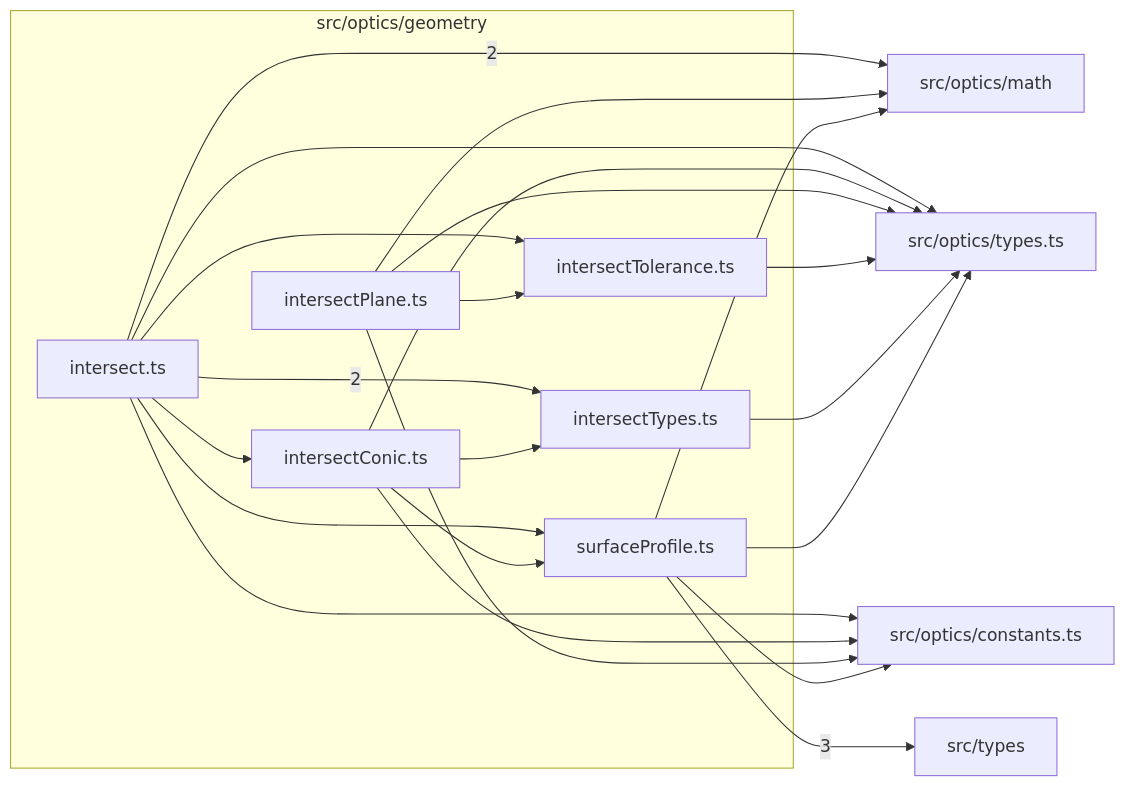
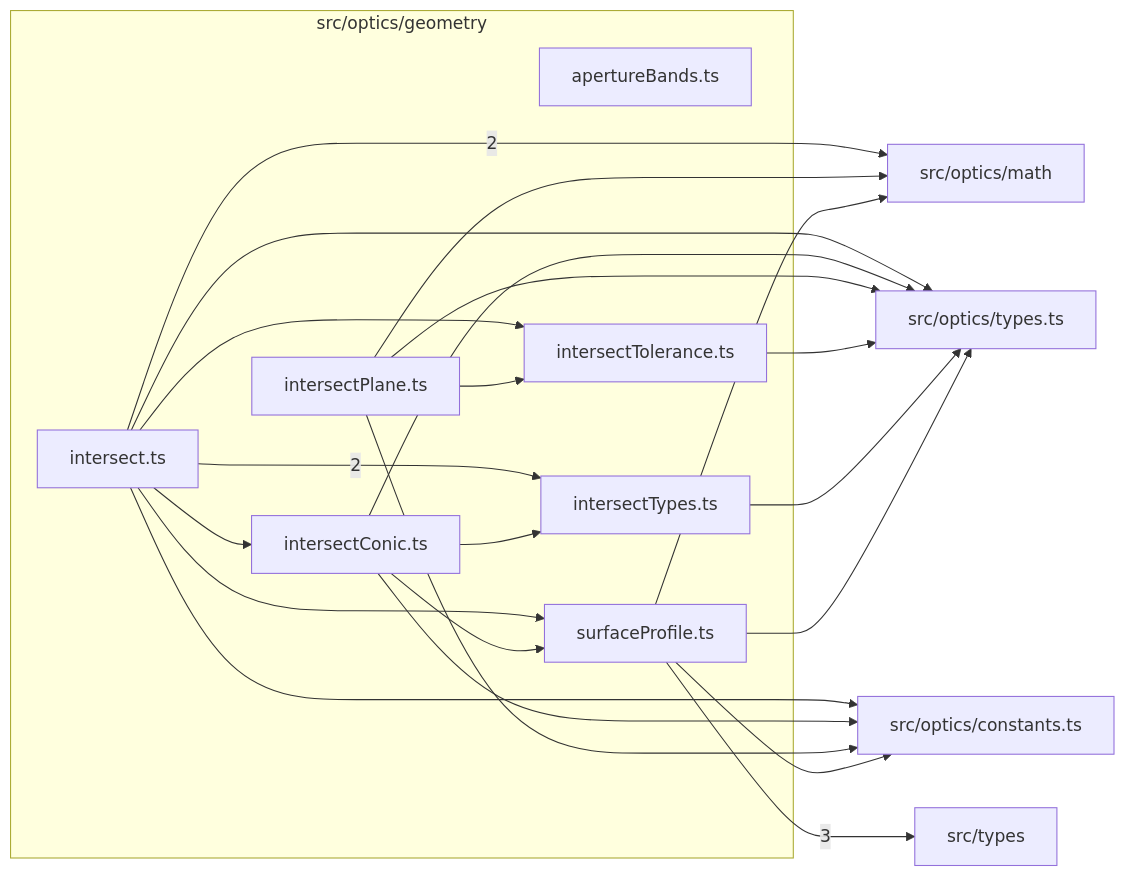
Before and after one commit to ronbuening/LensVisualizer: the diagram in src/optics/geometry/readme.md, drawn with Mermaid. The commit also changed other lines of this file and 37 other files, not shown here.

````diff
--- a/src/optics/geometry/readme.md
+++ b/src/optics/geometry/readme.md
@@ -9,36 +9,37 @@
 ```mermaid
 flowchart LR
   subgraph n_src_optics_geometry["src/optics/geometry"]
+    n_src_optics_geometry_src_optics_geometry_apertureBands_ts["apertureBands.ts"]
     n_src_optics_geometry_src_optics_geometry_intersect_ts["intersect.ts"]
     n_src_optics_geometry_src_optics_geometry_intersectConic_ts["intersectConic.ts"]
     n_src_optics_geometry_src_optics_geometry_intersectPlane_ts["intersectPlane.ts"]
     n_src_optics_geometry_src_optics_geometry_intersectTolerance_ts["intersectTolerance.ts"]
     n_src_optics_geometry_src_optics_geometry_intersectTypes_ts["intersectTypes.ts"]
     n_src_optics_geometry_src_optics_geometry_surfaceProfile_ts["surfaceProfile.ts"]
   end
   n_external_src_types["src/types"]
   n_external_src_optics_math["src/optics/math"]
   n_external_src_optics_constants_ts["src/optics/constants.ts"]
   n_external_src_optics_types_ts["src/optics/types.ts"]
   n_src_optics_geometry_src_optics_geometry_surfaceProfile_ts --> |3| n_external_src_types
   n_src_optics_geometry_src_optics_geometry_intersect_ts --> |2| n_external_src_optics_math
   n_src_optics_geometry_src_optics_geometry_intersect_ts --> |2| n_src_optics_geometry_src_optics_geometry_intersectTypes_ts
   n_src_optics_geometry_src_optics_geometry_intersect_ts --> n_external_src_optics_constants_ts
   n_src_optics_geometry_src_optics_geometry_intersectConic_ts --> n_external_src_optics_constants_ts
   n_src_optics_geometry_src_optics_geometry_intersectPlane_ts --> n_external_src_optics_constants_ts
   n_src_optics_geometry_src_optics_geometry_surfaceProfile_ts --> n_external_src_optics_constants_ts
   n_src_optics_geometry_src_optics_geometry_intersectPlane_ts --> n_external_src_optics_math
   n_src_optics_geometry_src_optics_geometry_surfaceProfile_ts --> n_external_src_optics_math
   n_src_optics_geometry_src_optics_geometry_intersect_ts --> n_external_src_optics_types_ts
   n_src_optics_geometry_src_optics_geometry_intersectConic_ts --> n_external_src_optics_types_ts
   n_src_optics_geometry_src_optics_geometry_intersectPlane_ts --> n_external_src_optics_types_ts
   n_src_optics_geometry_src_optics_geometry_intersectTolerance_ts --> n_external_src_optics_types_ts
   n_src_optics_geometry_src_optics_geometry_intersectTypes_ts --> n_external_src_optics_types_ts
   n_src_optics_geometry_src_optics_geometry_surfaceProfile_ts --> n_external_src_optics_types_ts
   n_src_optics_geometry_src_optics_geometry_intersect_ts --> n_src_optics_geometry_src_optics_geometry_intersectConic_ts
   n_src_optics_geometry_src_optics_geometry_intersect_ts --> n_src_optics_geometry_src_optics_geometry_intersectTolerance_ts
   n_src_optics_geometry_src_optics_geometry_intersectPlane_ts --> n_src_optics_geometry_src_optics_geometry_intersectTolerance_ts
   n_src_optics_geometry_src_optics_geometry_intersectConic_ts --> n_src_optics_geometry_src_optics_geometry_intersectTypes_ts
   n_src_optics_geometry_src_optics_geometry_intersect_ts --> n_src_optics_geometry_src_optics_geometry_surfaceProfile_ts
   n_src_optics_geometry_src_optics_geometry_intersectConic_ts --> n_src_optics_geometry_src_optics_geometry_surfaceProfile_ts
 ```
````
